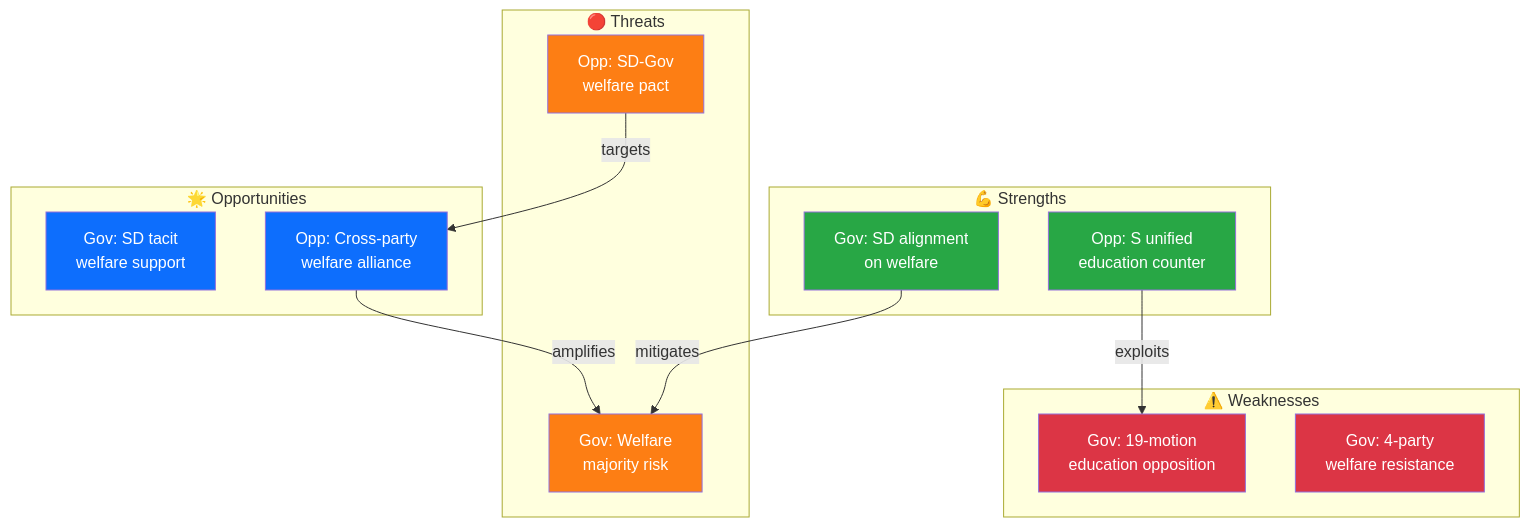
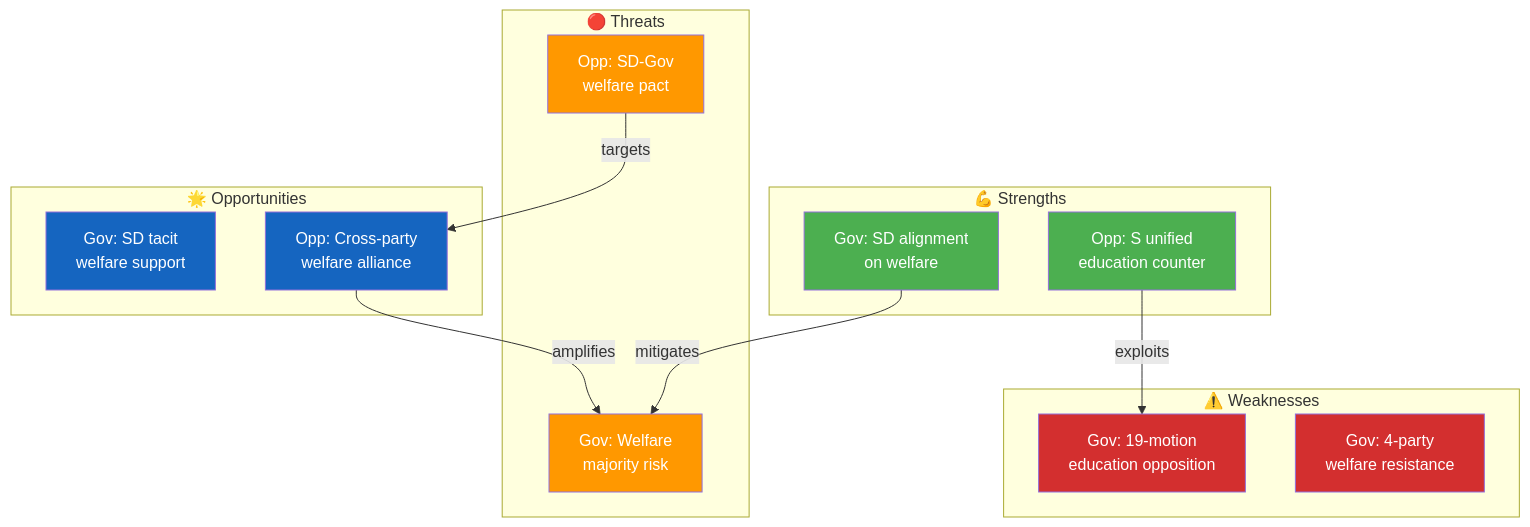
The diagram in analysis/daily/2026-04-01/motions/swot-analysis.md (Hack23/riksdagsmonitor), drawn with Mermaid before and after one commit. The commit also changed 785 other files, not shown here.

First line of the commit message:
Normalize mermaid colors across 786 analysis artifacts to ISMS Style Guide palette

````diff
--- a/analysis/daily/2026-04-01/motions/swot-analysis.md
+++ b/analysis/daily/2026-04-01/motions/swot-analysis.md
@@ -126,31 +126,31 @@
 ```mermaid
 graph TD
     subgraph S["💪 Strengths"]
         GS1["Gov: SD alignment<br/>on welfare"]
         OS1["Opp: S unified<br/>education counter"]
     end
     subgraph W["⚠️ Weaknesses"]
         GW1["Gov: 19-motion<br/>education opposition"]
         GW2["Gov: 4-party<br/>welfare resistance"]
     end
     subgraph O["🌟 Opportunities"]
         GO1["Gov: SD tacit<br/>welfare support"]
         OO1["Opp: Cross-party<br/>welfare alliance"]
     end
     subgraph T["🔴 Threats"]
         GT1["Gov: Welfare<br/>majority risk"]
         OT1["Opp: SD-Gov<br/>welfare pact"]
     end
     OS1 -->|exploits| GW1
     OO1 -->|amplifies| GT1
     GS1 -->|mitigates| GT1
     OT1 -->|targets| OO1
-    style GS1 fill:#28a745,color:#fff
-    style OS1 fill:#28a745,color:#fff
-    style GW1 fill:#dc3545,color:#fff
-    style GW2 fill:#dc3545,color:#fff
-    style GO1 fill:#0d6efd,color:#fff
-    style OO1 fill:#0d6efd,color:#fff
-    style GT1 fill:#fd7e14,color:#fff
-    style OT1 fill:#fd7e14,color:#fff
+    style GS1 fill:#4CAF50,color:#FFFFFF
+    style OS1 fill:#4CAF50,color:#FFFFFF
+    style GW1 fill:#D32F2F,color:#FFFFFF
+    style GW2 fill:#D32F2F,color:#FFFFFF
+    style GO1 fill:#1565C0,color:#FFFFFF
+    style OO1 fill:#1565C0,color:#FFFFFF
+    style GT1 fill:#FF9800,color:#FFFFFF
+    style OT1 fill:#FF9800,color:#FFFFFF
 ```
````
